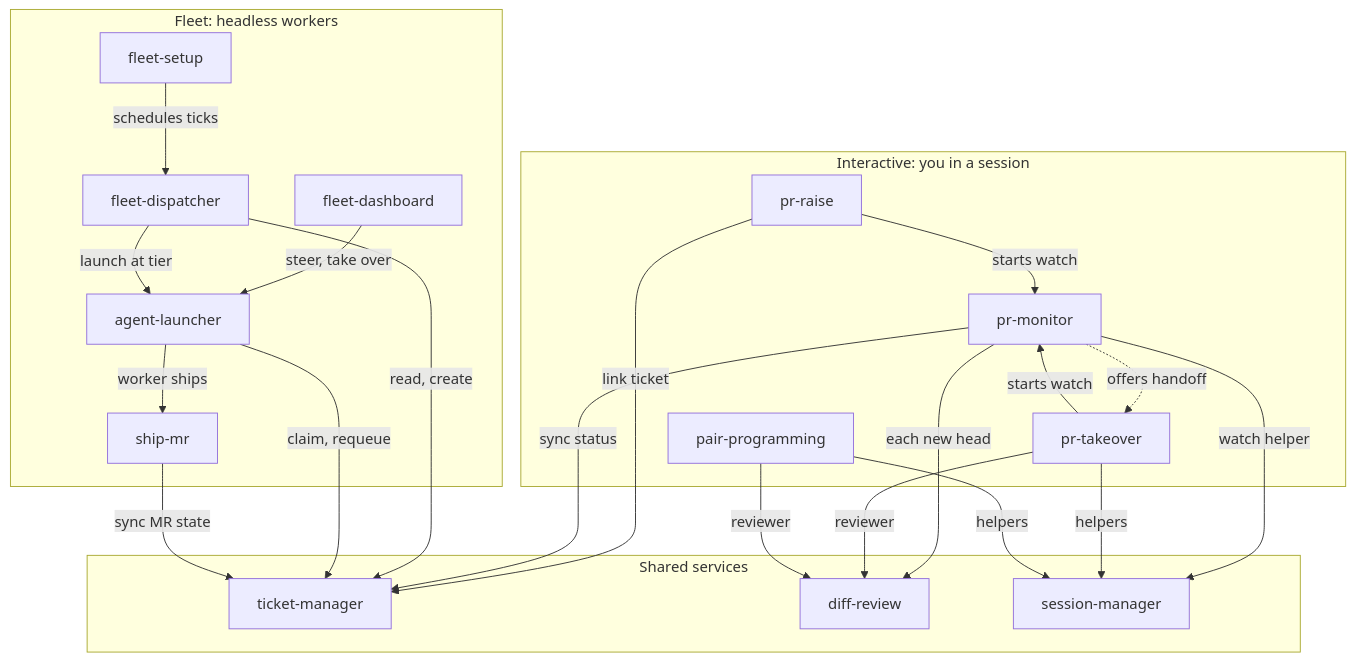
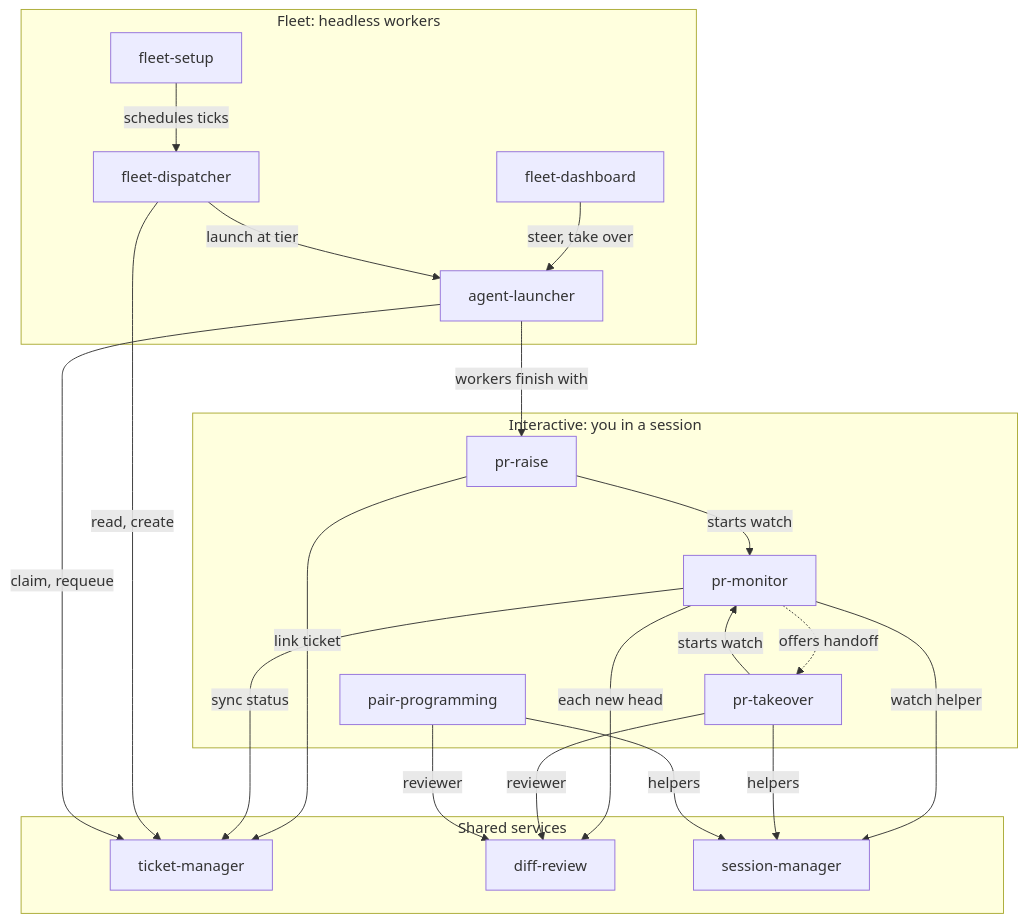
The diagram in README.md (purnachand-jaddu/ai-skills), drawn with Mermaid before and after one commit. The commit also changed other lines of this file and 6 other files, not shown here.

First line of the commit message:
refactor(fleet): raise worker MRs through pr-raise

````diff
--- a/README.md
+++ b/README.md
@@ -10,41 +10,39 @@
 ```mermaid
 flowchart TD
   subgraph interactive["Interactive: you in a session"]
     raise[pr-raise]
     takeover[pr-takeover]
     pair[pair-programming]
     monitor[pr-monitor]
   end
   subgraph fleet["Fleet: headless workers"]
     setup[fleet-setup]
     dashboard[fleet-dashboard]
     dispatcher[fleet-dispatcher]
     launcher[agent-launcher]
-    ship[ship-mr]
   end
   subgraph services["Shared services"]
     tickets[ticket-manager]
     review[diff-review]
     sessions[session-manager]
   end
 
   raise -->|starts watch| monitor
   takeover -->|starts watch| monitor
   monitor -.->|offers handoff| takeover
   raise -->|link ticket| tickets
   monitor -->|sync status| tickets
   monitor -->|each new head| review
   monitor -->|watch helper| sessions
   takeover -->|reviewer| review
   takeover -->|helpers| sessions
   pair -->|reviewer| review
   pair -->|helpers| sessions
 
   setup -->|schedules ticks| dispatcher
   dashboard -->|steer, take over| launcher
   dispatcher -->|launch at tier| launcher
-  launcher -->|worker ships| ship
+  launcher -->|workers finish with| raise
   dispatcher -->|read, create| tickets
   launcher -->|claim, requeue| tickets
-  ship -->|sync MR state| tickets
 ```
````
